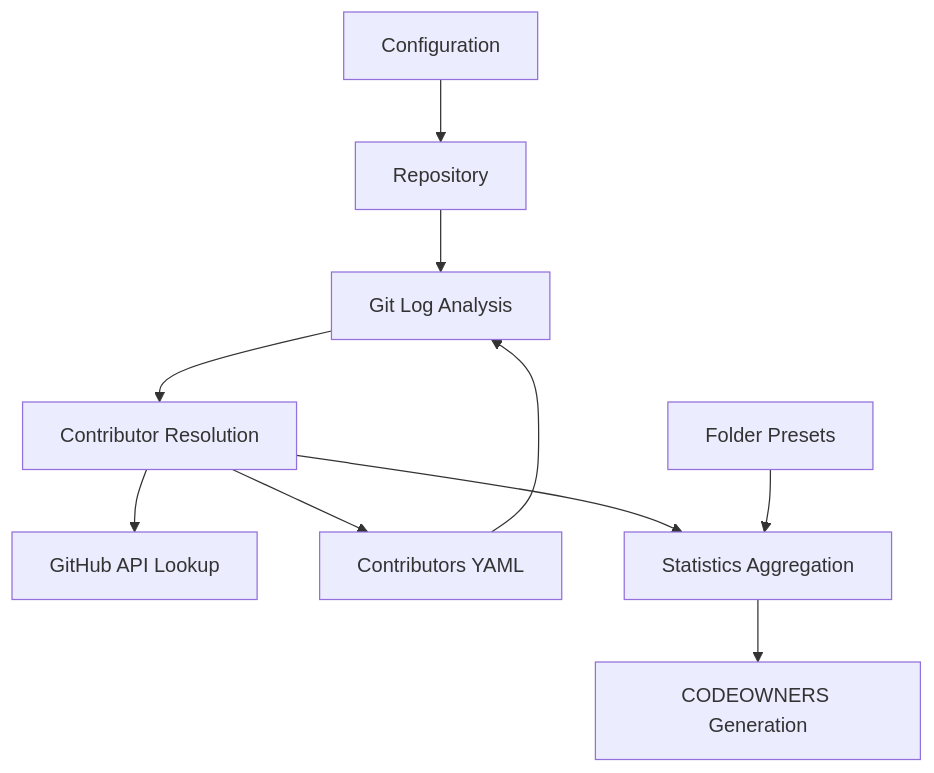
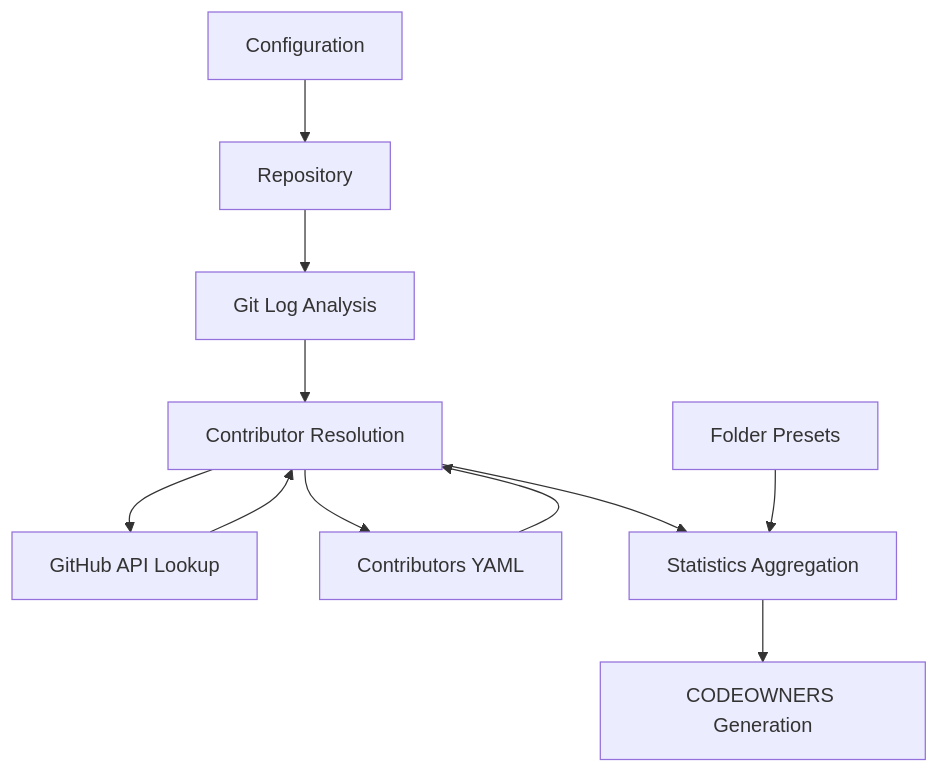
The diagram in scripts/code-owners/doc/index.md (sonic-net/sonic-pipelines), drawn with Mermaid before and after one commit.

````diff
--- a/scripts/code-owners/doc/index.md
+++ b/scripts/code-owners/doc/index.md
@@ -32,13 +32,14 @@
 ```mermaid
 graph TD
     A[Repository] --> B[Git Log Analysis]
     B --> C[Contributor Resolution]
     C --> D[GitHub API Lookup]
     C --> H[Contributors YAML]
     C --> E[Statistics Aggregation]
     E --> F[CODEOWNERS Generation]
     
     G[Folder Presets] --> E
     I[Configuration] --> A
-    H[Contributors YAML] --> B
+    H[Contributors YAML] --> C
+     D[GitHub API Lookup] --> C
 ```
````
